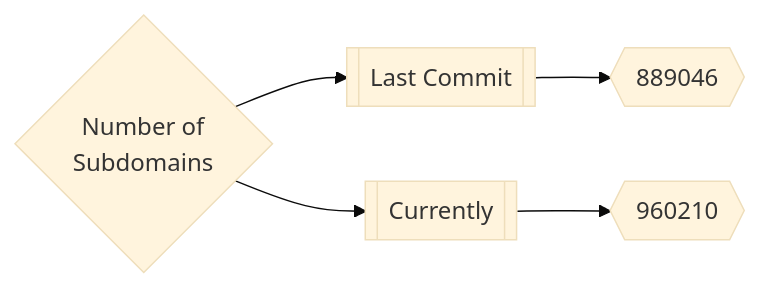
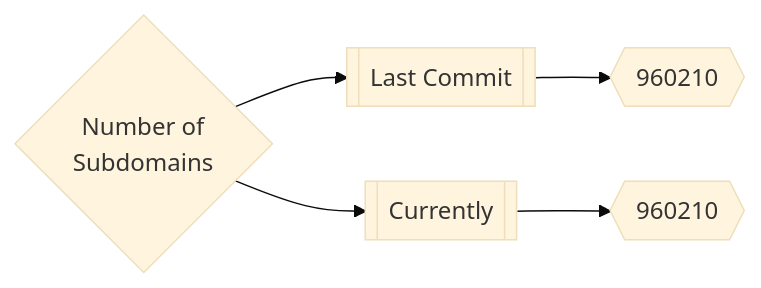
The first of 3 diagrams in README.md (trickest/inventory), drawn with Mermaid (base theme) before and after one commit.

Commit message:
Update Thu Mar 17 19:10:23 UTC 2022

````diff
--- a/README.md
+++ b/README.md
@@ -165,5 +165,5 @@
 ```mermaid
 graph LR
-title{Number of<br>Subdomains} --> subdomainsDate1[[Last Commit]] --> subdomainsNum1{{889046}}
+title{Number of<br>Subdomains} --> subdomainsDate1[[Last Commit]] --> subdomainsNum1{{960210}}
 title --> subdomainsDate2[[Currently]] --> subdomainsNum2{{960210}}
 ```
````
